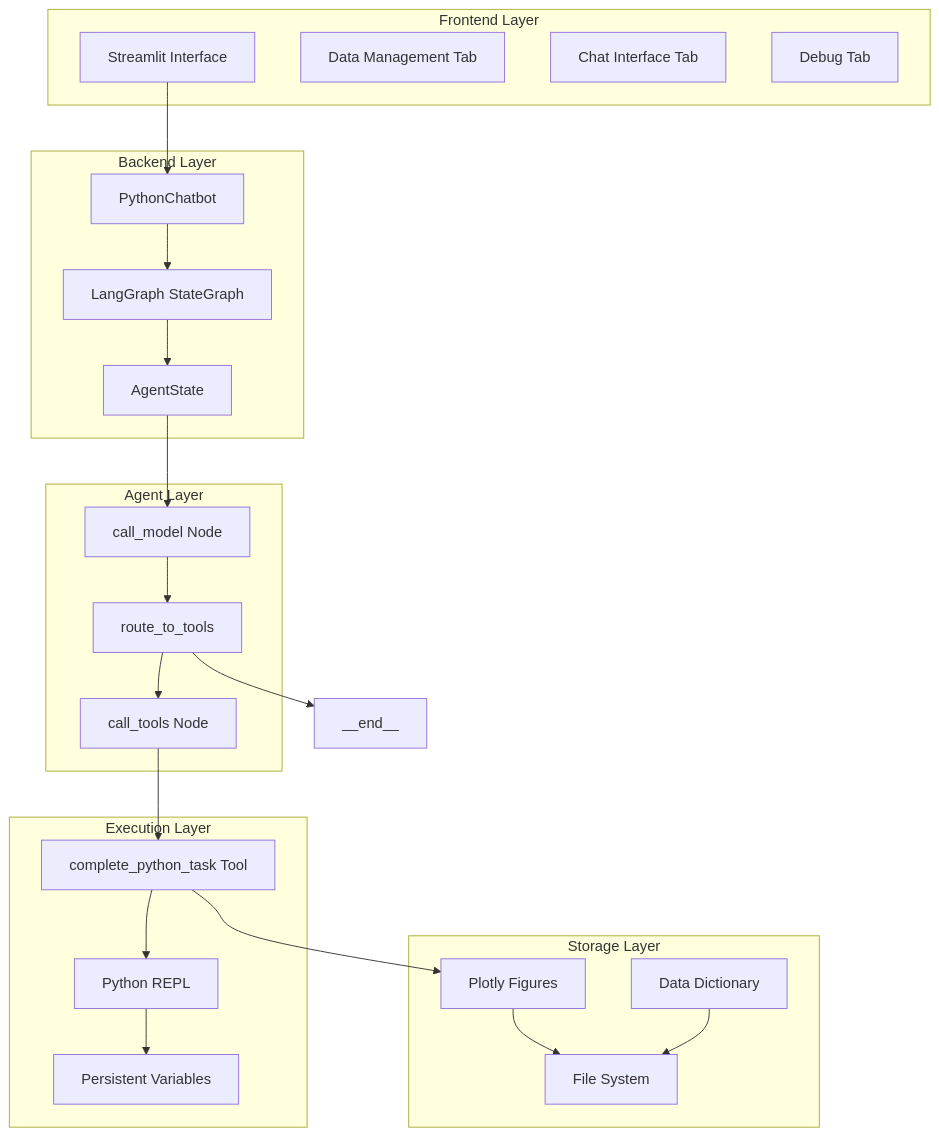
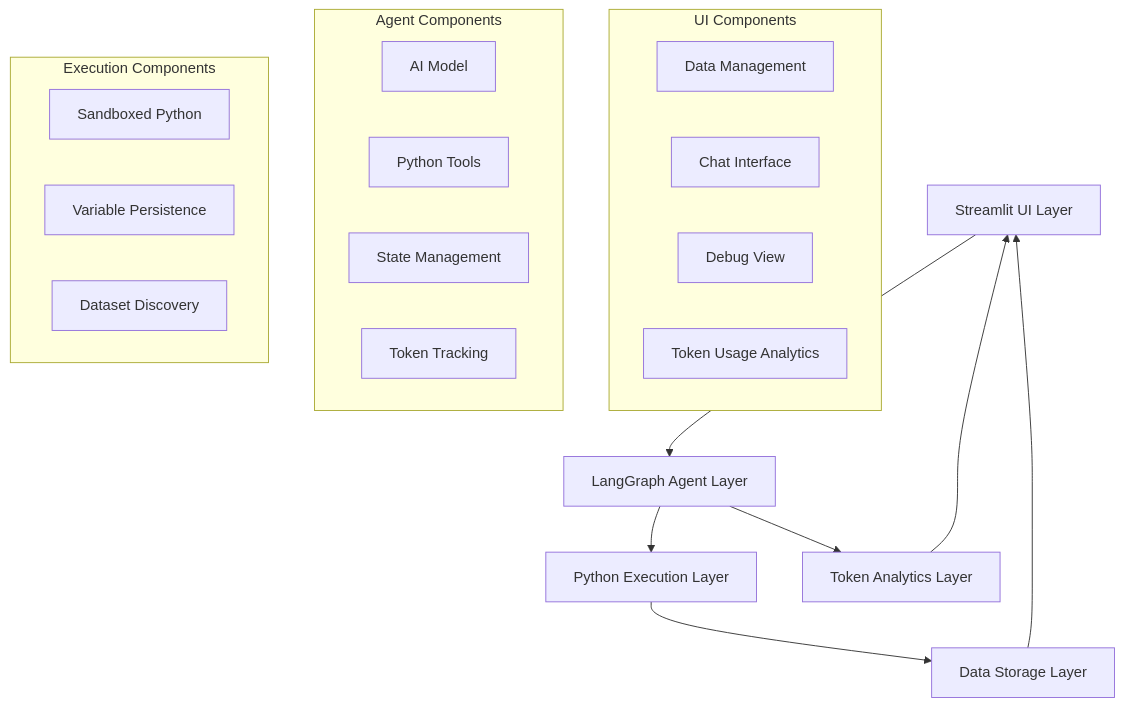
Before and after one commit to apiasak/AgenticDataAnalysis: the first of 4 diagrams in memory-bank/systemPatterns.md, drawn with Mermaid. The commit also changed other lines of this file and 5 other files, not shown here.

````diff
--- a/memory-bank/systemPatterns.md
+++ b/memory-bank/systemPatterns.md
@@ -7,47 +7,35 @@
 ```mermaid
-flowchart TD
-    subgraph "Frontend Layer"
-        UI[Streamlit Interface]
-        DM[Data Management Tab]
-        CI[Chat Interface Tab]
-        DB[Debug Tab]
+graph TB
+    UI[Streamlit UI Layer]
+    Agent[LangGraph Agent Layer]
+    Exec[Python Execution Layer]
+    Storage[Data Storage Layer]
+    Analytics[Token Analytics Layer]
+    
+    UI --> Agent
+    Agent --> Exec
+    Agent --> Analytics
+    Exec --> Storage
+    Storage --> UI
+    Analytics --> UI
+    
+    subgraph "UI Components"
+        DataMgmt[Data Management]
+        Chat[Chat Interface]
+        Debug[Debug View]
+        Tokens[Token Usage Analytics]
     end
     
-    subgraph "Backend Layer"
-        PC[PythonChatbot]
-        GR[LangGraph StateGraph]
-        ST[AgentState]
+    subgraph "Agent Components"
+        Model[AI Model]
+        Tools[Python Tools]
+        State[State Management]
+        Tracking[Token Tracking]
     end
     
-    subgraph "Agent Layer"
-        CM[call_model Node]
-        CT[call_tools Node]
-        RT[route_to_tools]
+    subgraph "Execution Components"
+        Sandbox[Sandboxed Python]
+        Persist[Variable Persistence]
+        Discovery[Dataset Discovery]
     end
-    
-    subgraph "Execution Layer"
-        CPT[complete_python_task Tool]
-        REPL[Python REPL]
-        PV[Persistent Variables]
-    end
-    
-    subgraph "Storage Layer"
-        FS[File System]
-        DD[Data Dictionary]
-        PF[Plotly Figures]
-    end
-    
-    UI --> PC
-    PC --> GR
-    GR --> ST
-    ST --> CM
-    CM --> RT
-    RT --> CT
-    RT --> End[__end__]
-    CT --> CPT
-    CPT --> REPL
-    REPL --> PV
-    CPT --> PF
-    PF --> FS
-    DD --> FS
 ```
````
